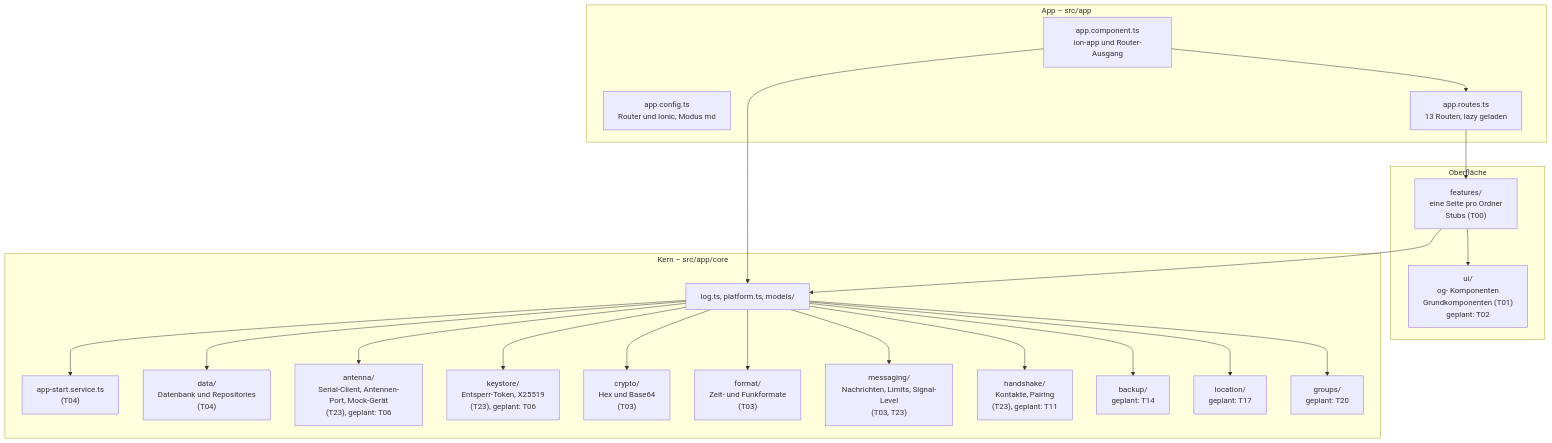
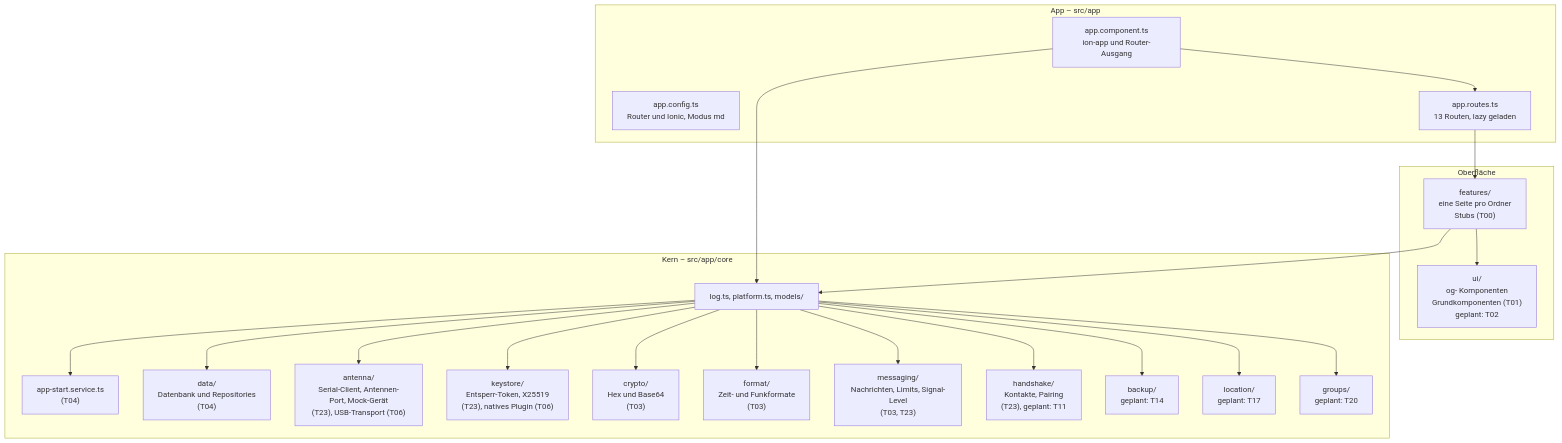
The diagram in doku/architektur/ueberblick.md (OffGridCH/app), drawn with Mermaid before and after one commit. The commit also changed other lines of this file and 18 other files, not shown here.

Commit message:
T06: Natives USB-Serial-Plugin, UsbSerialTransport und Keystore-Plugin

````diff
--- a/doku/architektur/ueberblick.md
+++ b/doku/architektur/ueberblick.md
@@ -14,42 +16,42 @@
 ```mermaid
 flowchart TD
     subgraph App["App – src/app"]
         Root["app.component.ts<br>ion-app und Router-Ausgang"]
         Config["app.config.ts<br>Router und Ionic, Modus md"]
         Routes["app.routes.ts<br>13 Routen, lazy geladen"]
     end
     subgraph Ui["Oberfläche"]
         Pages["features/<br>eine Seite pro Ordner<br>Stubs (T00)"]
         Components["ui/<br>og- Komponenten<br>Grundkomponenten (T01)<br>geplant: T02"]
     end
     subgraph Core["Kern – src/app/core"]
         Basis["log.ts, platform.ts, models/"]
         Start["app-start.service.ts<br>(T04)"]
         Data["data/<br>Datenbank und Repositories<br>(T04)"]
-        Antenna["antenna/<br>Serial-Client, Antennen-Port, Mock-Gerät<br>(T23), geplant: T06"]
-        Keystore["keystore/<br>Entsperr-Token, X25519<br>(T23), geplant: T06"]
+        Antenna["antenna/<br>Serial-Client, Antennen-Port, Mock-Gerät<br>(T23), USB-Transport (T06)"]
+        Keystore["keystore/<br>Entsperr-Token, X25519<br>(T23), natives Plugin (T06)"]
         Crypto["crypto/<br>Hex und Base64<br/>(T03)"]
         Format["format/<br>Zeit- und Funkformate<br/>(T03)"]
         Messaging["messaging/<br>Nachrichten, Limits, Signal-Level<br/>(T03, T23)"]
         Handshake["handshake/<br>Kontakte, Pairing<br>(T23), geplant: T11"]
         Backup["backup/<br>geplant: T14"]
         Location["location/<br>geplant: T17"]
         Groups["groups/<br>geplant: T20"]
     end
     Root --> Routes
     Routes --> Pages
     Pages --> Components
     Pages --> Basis
     Root --> Basis
     Basis --> Start
     Basis --> Data
     Basis --> Antenna
     Basis --> Keystore
     Basis --> Crypto
     Basis --> Format
     Basis --> Messaging
     Basis --> Handshake
     Basis --> Backup
     Basis --> Location
     Basis --> Groups
 ```
````
